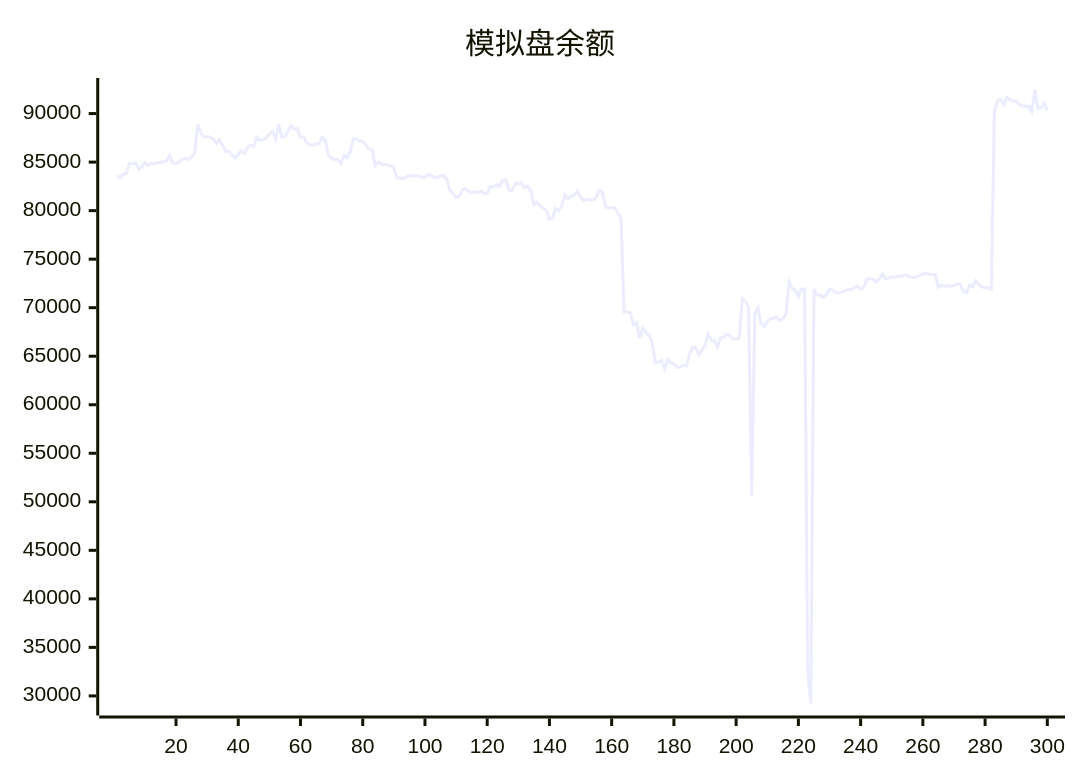
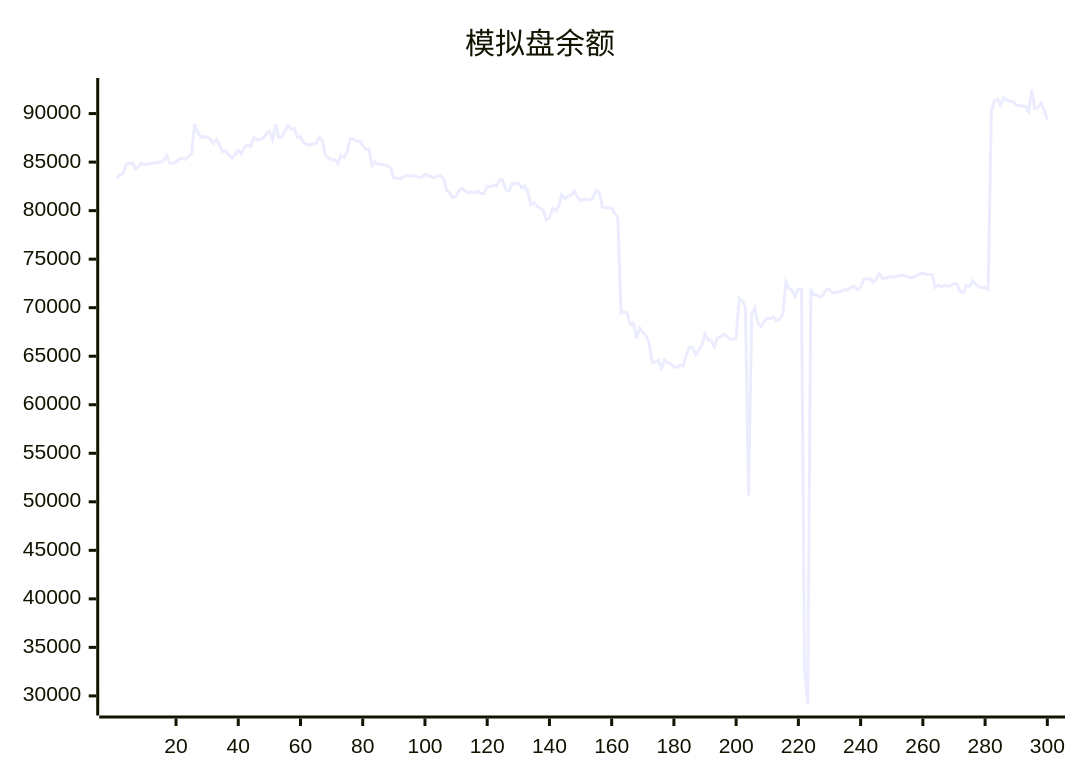
The diagram in README.md (aahl/ai-trading), drawn with Mermaid before and after one commit. The commit also changed other lines of this file and 1 other file, not shown here.

````diff
--- a/README.md
+++ b/README.md
@@ -5,5 +5,5 @@
 ```mermaid
 xychart
     title "模拟盘余额"
-    line [83619,83378,83710,83825,84819,84854,84917,84265,84527,84919,84668,84834,84850,84916,84981,85004,85131,85674,84891,84864,85019,85284,85393,85294,85538,85894,88904,88012,87567,87625,87568,87386,86920,87313,86737,86094,86143,85725,85437,85787,86219,85859,86526,86740,86630,87563,87264,87335,87483,87886,88180,87335,88894,87544,87608,88207,88755,88401,88444,87543,87608,87000,86810,86740,86894,86884,87576,87209,85686,85435,85251,85255,84820,85689,85453,86066,87420,87373,87161,87178,86740,86341,86315,84643,85012,84772,84768,84690,84635,84376,83360,83357,83259,83474,83608,83606,83602,83548,83440,83454,83724,83644,83464,83365,83590,83592,83275,82072,81806,81344,81492,82109,82254,82006,81848,81955,81829,82022,81769,81776,82522,82441,82656,82498,83144,83144,82150,82038,82797,82763,82872,82367,82536,81981,80612,80862,80484,80242,80034,79063,79245,80226,80016,80507,81625,81233,81544,81578,82016,81401,81019,81186,81130,81118,81306,82066,81909,80392,80304,80291,80258,79729,79261,69466,69579,69456,68251,68415,66832,67911,67462,67144,66432,64380,64375,64606,63740,64647,64324,64216,63842,63877,64078,64008,65156,65945,65888,65157,65625,66144,67284,66653,66639,65924,66925,66956,67263,67108,66766,66729,66886,70927,70673,70049,50652,69334,69973,68400,68061,68578,68876,68879,69055,68662,68822,69329,72687,71999,71760,71162,71911,71896,32500,29218,71927,71297,71305,71044,71337,71883,71822,71536,71536,71622,71723,71880,71860,72100,72216,71887,72077,72940,72976,72966,72638,72948,73497,73004,73041,73173,73160,73186,73258,73375,73351,73173,73098,73161,73305,73474,73536,73457,73413,73412,72100,72333,72164,72272,72204,72285,72461,72421,71652,71521,72267,72157,72774,72424,72144,72060,72091,71858,90185,91338,91466,90900,91678,91404,91268,91244,90903,90779,90787,90721,90187,92429,90518,90619,91070,90328]
+    line [83378,83710,83825,84819,84854,84917,84265,84527,84919,84668,84834,84850,84916,84981,85004,85131,85674,84891,84864,85019,85284,85393,85294,85538,85894,88904,88012,87567,87625,87568,87386,86920,87313,86737,86094,86143,85725,85437,85787,86219,85859,86526,86740,86630,87563,87264,87335,87483,87886,88180,87335,88894,87544,87608,88207,88755,88401,88444,87543,87608,87000,86810,86740,86894,86884,87576,87209,85686,85435,85251,85255,84820,85689,85453,86066,87420,87373,87161,87178,86740,86341,86315,84643,85012,84772,84768,84690,84635,84376,83360,83357,83259,83474,83608,83606,83602,83548,83440,83454,83724,83644,83464,83365,83590,83592,83275,82072,81806,81344,81492,82109,82254,82006,81848,81955,81829,82022,81769,81776,82522,82441,82656,82498,83144,83144,82150,82038,82797,82763,82872,82367,82536,81981,80612,80862,80484,80242,80034,79063,79245,80226,80016,80507,81625,81233,81544,81578,82016,81401,81019,81186,81130,81118,81306,82066,81909,80392,80304,80291,80258,79729,79261,69466,69579,69456,68251,68415,66832,67911,67462,67144,66432,64380,64375,64606,63740,64647,64324,64216,63842,63877,64078,64008,65156,65945,65888,65157,65625,66144,67284,66653,66639,65924,66925,66956,67263,67108,66766,66729,66886,70927,70673,70049,50652,69334,69973,68400,68061,68578,68876,68879,69055,68662,68822,69329,72687,71999,71760,71162,71911,71896,32500,29218,71927,71297,71305,71044,71337,71883,71822,71536,71536,71622,71723,71880,71860,72100,72216,71887,72077,72940,72976,72966,72638,72948,73497,73004,73041,73173,73160,73186,73258,73375,73351,73173,73098,73161,73305,73474,73536,73457,73413,73412,72100,72333,72164,72272,72204,72285,72461,72421,71652,71521,72267,72157,72774,72424,72144,72060,72091,71858,90185,91338,91466,90900,91678,91404,91268,91244,90903,90779,90787,90721,90187,92429,90518,90619,91070,90328,89376]
 ```
````
